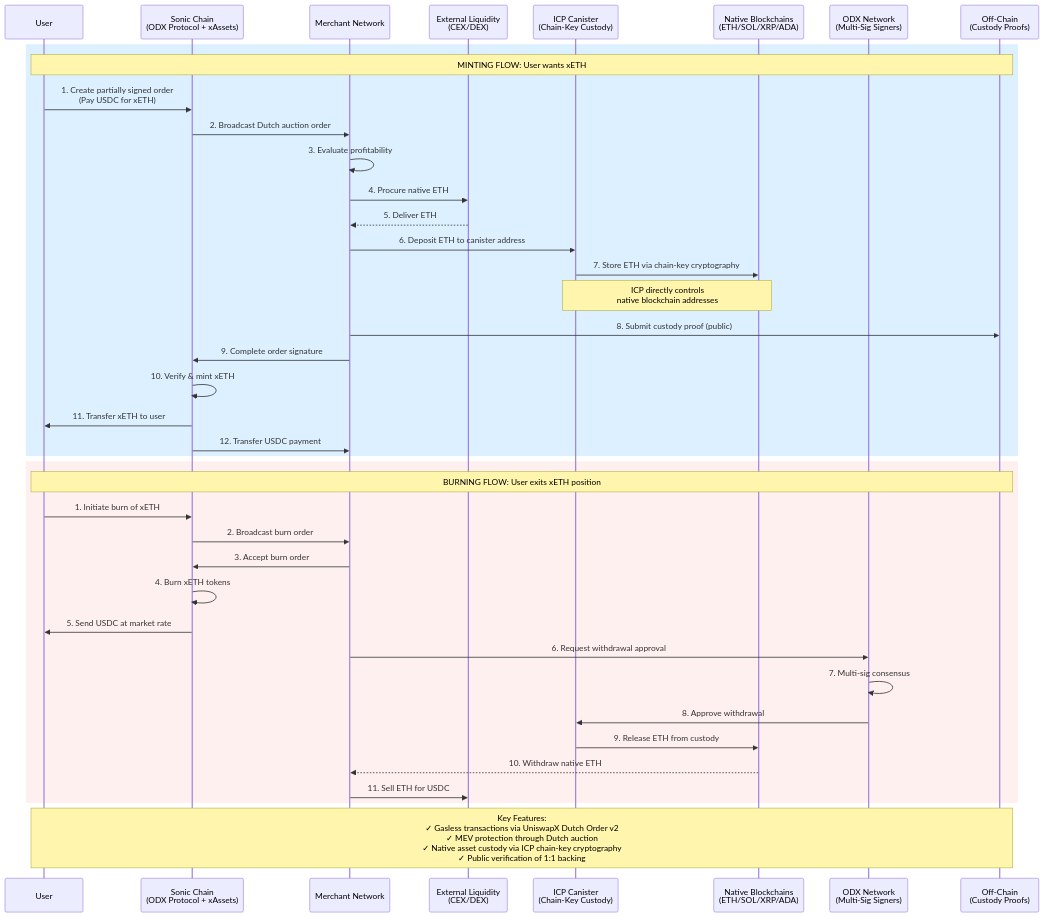
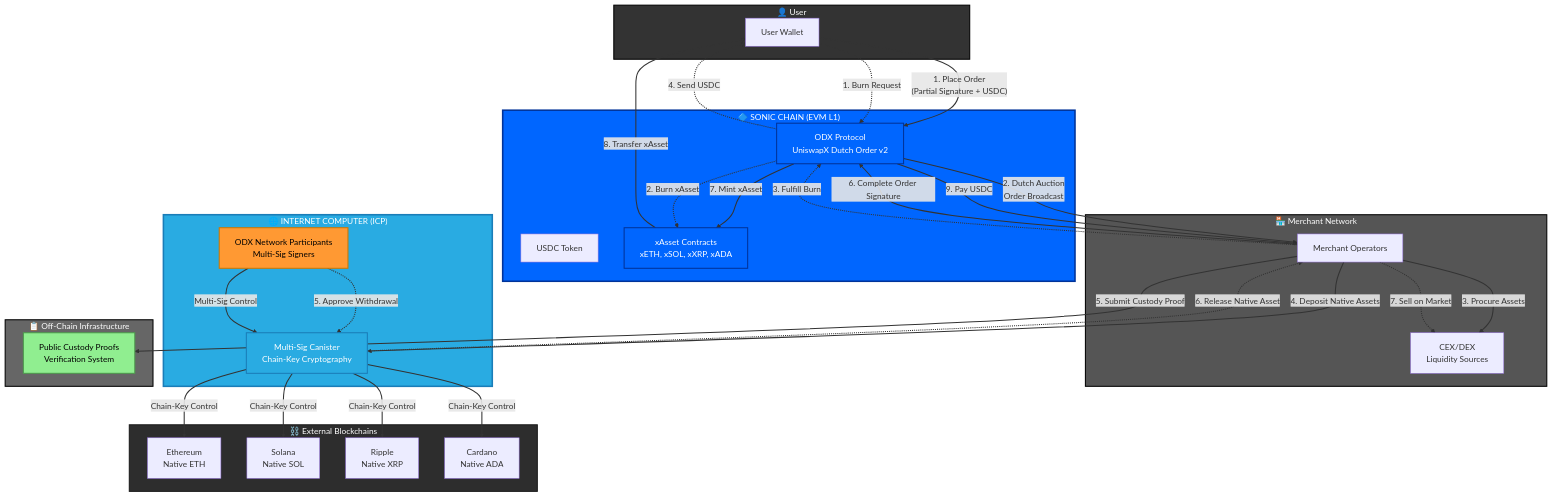
One commit to hwnprsd/ordinox-ecdsa changed the diagram in README.md. Above: the diagram before and after it, drawn with Mermaid.

````diff
--- a/README.md
+++ b/README.md
@@ -53,45 +53,76 @@
 ```mermaid
-sequenceDiagram
-    participant User
-    participant Sonic as Sonic Chain<br/>(ODX Protocol + xAssets)
-    participant Merchant as Merchant Network
-    participant CEX as External Liquidity<br/>(CEX/DEX)
-    participant ICP as ICP Canister<br/>(Chain-Key Custody)
-    participant Chains as Native Blockchains<br/>(ETH/SOL/XRP/ADA)
-    participant ODX_Net as ODX Network<br/>(Multi-Sig Signers)
-    participant Proofs as Off-Chain<br/>(Custody Proofs)
+graph TB
+    subgraph User["👤 User"]
+        U[User Wallet]
+    end
+    
+    subgraph Sonic["🔷 SONIC CHAIN (EVM L1)"]
+        USDC[USDC Token]
+        xAssets[xAsset Contracts<br/>xETH, xSOL, xXRP, xADA]
+        ODX_Contract[ODX Protocol<br/>UniswapX Dutch Order v2]
+    end
+    
+    subgraph Merchant["🏪 Merchant Network"]
+        M[Merchant Operators]
+        CEX[CEX/DEX<br/>Liquidity Sources]
+    end
+    
+    subgraph ICP["🌐 INTERNET COMPUTER (ICP)"]
+        Canister[Multi-Sig Canister<br/>Chain-Key Cryptography]
+        ODX_Network[ODX Network Participants<br/>Multi-Sig Signers]
+    end
+    
+    subgraph External["⛓️ External Blockchains"]
+        ETH_Chain[Ethereum<br/>Native ETH]
+        SOL_Chain[Solana<br/>Native SOL]
+        XRP_Chain[Ripple<br/>Native XRP]
+        ADA_Chain[Cardano<br/>Native ADA]
+    end
+    
+    subgraph OffChain["📋 Off-Chain Infrastructure"]
+        Proofs[Public Custody Proofs<br/>Verification System]
+    end
+    
+    %% Minting Flow
+    U -->|"1. Place Order<br/>(Partial Signature + USDC)"| ODX_Contract
+    ODX_Contract -->|"2. Dutch Auction<br/>Order Broadcast"| M
+    M -->|"3. Procure Assets"| CEX
+    M -->|"4. Deposit Native Assets"| Canister
+    
+    Canister -->|"Chain-Key Control"| ETH_Chain
+    Canister -->|"Chain-Key Control"| SOL_Chain
+    Canister -->|"Chain-Key Control"| XRP_Chain
+    Canister -->|"Chain-Key Control"| ADA_Chain
+    
+    M -->|"5. Submit Custody Proof"| Proofs
+    M -->|"6. Complete Order Signature"| ODX_Contract
+    ODX_Contract -->|"7. Mint xAsset"| xAssets
+    xAssets -->|"8. Transfer xAsset"| U
+    ODX_Contract -->|"9. Pay USDC"| M
+    
+    %% Burning Flow (thicker dashed lines)
+    U -.->|"1. Burn Request"| ODX_Contract
+    ODX_Contract -.->|"2. Burn xAsset"| xAssets
+    M -.->|"3. Fulfill Burn"| ODX_Contract
+    ODX_Contract -.->|"4. Send USDC"| U
+    ODX_Network -.->|"5. Approve Withdrawal"| Canister
+    Canister -.->|"6. Release Native Asset"| M
+    M -.->|"7. Sell on Market"| CEX
+    
+    %% Security Layer
+    ODX_Network -->|"Multi-Sig Control"| Canister
+    
+    style Sonic fill:#0066FF,stroke:#003399,stroke-width:3px,color:#fff
+    style ICP fill:#29ABE2,stroke:#1a7db8,stroke-width:3px,color:#fff
+    style Canister fill:#29ABE2,stroke:#1a7db8,stroke-width:2px,color:#fff
+    style ODX_Network fill:#ff9933,stroke:#cc7700,stroke-width:2px,color:#000
+    style External fill:#2d2d2d,stroke:#1a1a1a,stroke-width:2px,color:#fff
+    style ODX_Contract fill:#0066FF,stroke:#003399,stroke-width:2px,color:#fff
+    style xAssets fill:#0066FF,stroke:#003399,stroke-width:2px,color:#fff
+    style Proofs fill:#90EE90,stroke:#4d994d,stroke-width:2px,color:#000
+    style User fill:#333,stroke:#000,stroke-width:2px,color:#fff
+    style Merchant fill:#555,stroke:#000,stroke-width:2px,color:#fff
+    style OffChain fill:#666,stroke:#000,stroke-width:2px,color:#fff
 
-    rect rgb(220, 240, 255)
-        Note over User,Proofs: MINTING FLOW: User wants xETH
-        User->>Sonic: 1. Create partially signed order<br/>(Pay USDC for xETH)
-        Sonic->>Merchant: 2. Broadcast Dutch auction order
-        Merchant->>Merchant: 3. Evaluate profitability
-        Merchant->>CEX: 4. Procure native ETH
-        CEX-->>Merchant: 5. Deliver ETH
-        Merchant->>ICP: 6. Deposit ETH to canister address
-        ICP->>Chains: 7. Store ETH via chain-key cryptography
-        Note over ICP,Chains: ICP directly controls<br/>native blockchain addresses
-        Merchant->>Proofs: 8. Submit custody proof (public)
-        Merchant->>Sonic: 9. Complete order signature
-        Sonic->>Sonic: 10. Verify & mint xETH
-        Sonic->>User: 11. Transfer xETH to user
-        Sonic->>Merchant: 12. Transfer USDC payment
-    end
-
-    rect rgb(255, 240, 240)
-        Note over User,Proofs: BURNING FLOW: User exits xETH position
-        User->>Sonic: 1. Initiate burn of xETH
-        Sonic->>Merchant: 2. Broadcast burn order
-        Merchant->>Sonic: 3. Accept burn order
-        Sonic->>Sonic: 4. Burn xETH tokens
-        Sonic->>User: 5. Send USDC at market rate
-        Merchant->>ODX_Net: 6. Request withdrawal approval
-        ODX_Net->>ODX_Net: 7. Multi-sig consensus
-        ODX_Net->>ICP: 8. Approve withdrawal
-        ICP->>Chains: 9. Release ETH from custody
-        Chains-->>Merchant: 10. Withdraw native ETH
-        Merchant->>CEX: 11. Sell ETH for USDC
-    end
-
-    Note over User,Proofs: Key Features:<br/>✓ Gasless transactions via UniswapX Dutch Order v2<br/>✓ MEV protection through Dutch auction<br/>✓ Native asset custody via ICP chain-key cryptography<br/>✓ Public verification of 1:1 backing
+    linkStyle default stroke:#333,stroke-width:2px
 ```
````
